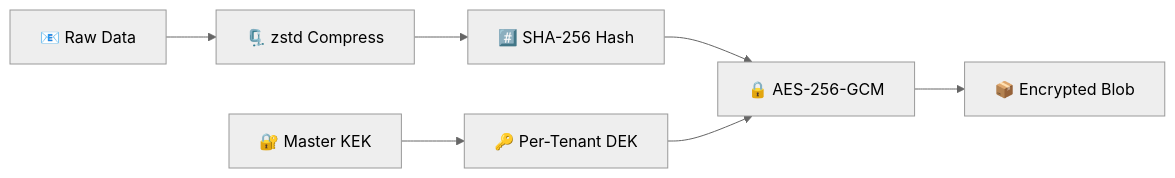
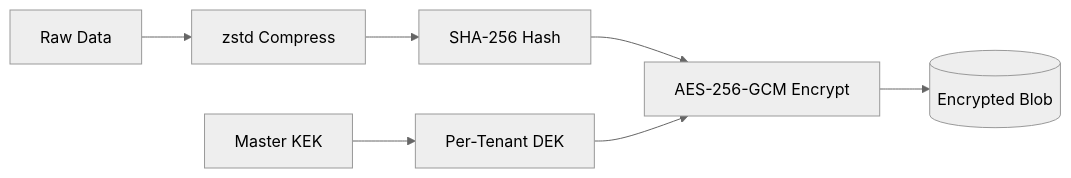
The first of 3 diagrams in backend/docs/SECURITY.md (gpatwa/m365-vault), drawn with Mermaid (neutral theme) before and after one commit. The commit also changed other lines of this file and 3 other files, not shown here.

First line of the commit message:
fix: remove emojis from Mermaid diagrams — Mermaid v11 strict syntax

````diff
--- a/backend/docs/SECURITY.md
+++ b/backend/docs/SECURITY.md
@@ -19,6 +19,9 @@
 ```mermaid
 graph LR
-    A["📧 Raw Data"] --> B["🗜️ zstd Compress"] --> C["#️⃣ SHA-256 Hash"] --> D["🔒 AES-256-GCM"] --> E["📦 Encrypted Blob"]
-    F["🔑 Per-Tenant DEK"] --> D
-    G["🔐 Master KEK"] --> F
+    A[Raw Data] --> B[zstd Compress]
+    B --> C[SHA-256 Hash]
+    C --> D[AES-256-GCM Encrypt]
+    D --> E[(Encrypted Blob)]
+    F[Per-Tenant DEK] --> D
+    G[Master KEK] --> F
 ```
````
